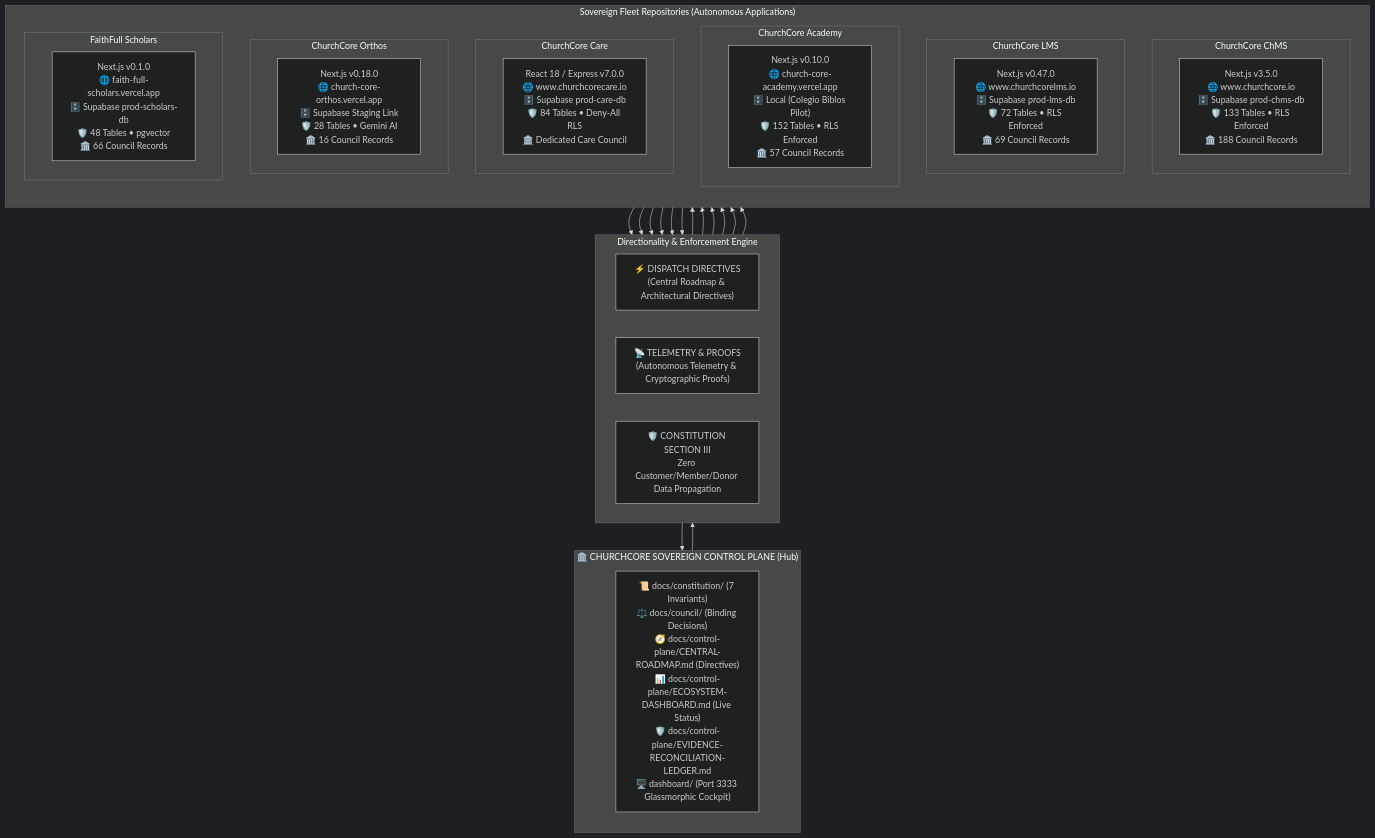
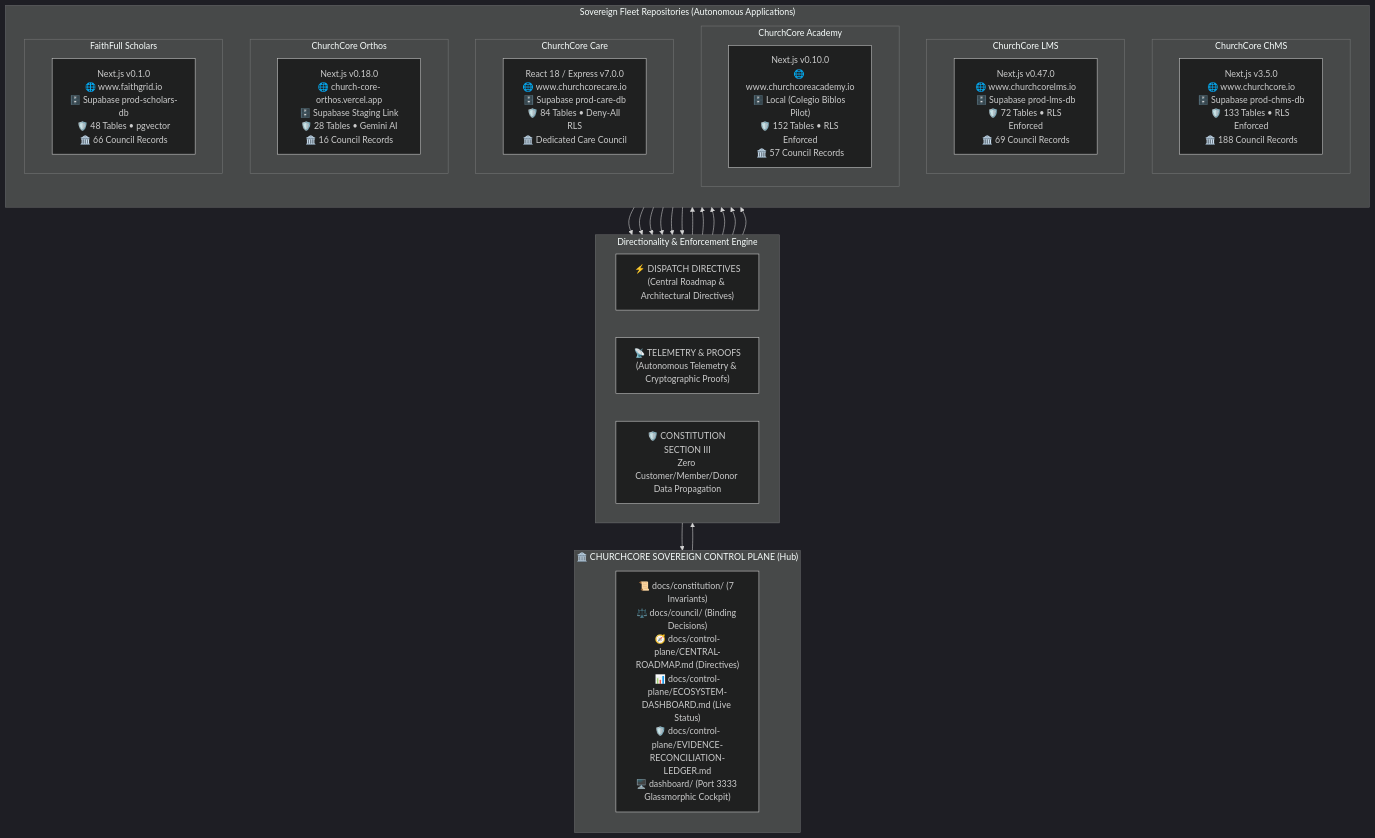
Before and after one commit to ricardojjulia/ChurchCore-Business: the first of 2 diagrams in README.md, drawn with Mermaid (dark theme). The commit also changed other lines of this file and 22 other files, not shown here.

Commit message:
feat(domains): connect and configure new production domains for ChurchCore Academy and FaithGrid

````diff
--- a/README.md
+++ b/README.md
@@ -56,42 +56,42 @@
 ```mermaid
 flowchart TD
     subgraph ControlPlane ["🏛️ CHURCHCORE SOVEREIGN CONTROL PLANE (Hub)"]
         direction TB
         CP_CORE["📜 docs/constitution/ (7 Invariants)<br>⚖️ docs/council/ (Binding Decisions)<br>🧭 docs/control-plane/CENTRAL-ROADMAP.md (Directives)<br>📊 docs/control-plane/ECOSYSTEM-DASHBOARD.md (Live Status)<br>🛡️ docs/control-plane/EVIDENCE-RECONCILIATION-LEDGER.md<br>🖥️ dashboard/ (Port 3333 Glassmorphic Cockpit)"]
     end
 
     subgraph DirectionalityMesh ["Directionality & Enforcement Engine"]
         direction LR
         DISPATCH["⚡ DISPATCH DIRECTIVES<br>(Central Roadmap & Architectural Directives)"]
         REPORT["📡 TELEMETRY & PROOFS<br>(Autonomous Telemetry & Cryptographic Proofs)"]
         INVARIANT["🛡️ CONSTITUTION SECTION III<br>Zero Customer/Member/Donor Data Propagation"]
     end
 
     ControlPlane --> DISPATCH
     REPORT --> ControlPlane
 
     subgraph SovereignFleet ["Sovereign Fleet Repositories (Autonomous Applications)"]
         direction TB
         subgraph P1 ["ChurchCore ChMS"]
             C1["Next.js v3.5.0<br>🌐 www.churchcore.io<br>🗄️ Supabase prod-chms-db<br>🛡️ 133 Tables • RLS Enforced<br>🏛️ 188 Council Records"]
         end
         subgraph P2 ["ChurchCore LMS"]
             C2["Next.js v0.47.0<br>🌐 www.churchcorelms.io<br>🗄️ Supabase prod-lms-db<br>🛡️ 72 Tables • RLS Enforced<br>🏛️ 69 Council Records"]
         end
         subgraph P3 ["ChurchCore Academy"]
-            C3["Next.js v0.10.0<br>🌐 church-core-academy.vercel.app<br>🗄️ Local (Colegio Biblos Pilot)<br>🛡️ 152 Tables • RLS Enforced<br>🏛️ 57 Council Records"]
+            C3["Next.js v0.10.0<br>🌐 www.churchcoreacademy.io<br>🗄️ Local (Colegio Biblos Pilot)<br>🛡️ 152 Tables • RLS Enforced<br>🏛️ 57 Council Records"]
         end
         subgraph P4 ["ChurchCore Care"]
             C4["React 18 / Express v7.0.0<br>🌐 www.churchcorecare.io<br>🗄️ Supabase prod-care-db<br>🛡️ 84 Tables • Deny-All RLS<br>🏛️ Dedicated Care Council"]
         end
         subgraph P5 ["ChurchCore Orthos"]
             C5["Next.js v0.18.0<br>🌐 church-core-orthos.vercel.app<br>🗄️ Supabase Staging Link<br>🛡️ 28 Tables • Gemini AI<br>🏛️ 16 Council Records"]
         end
         subgraph P6 ["FaithFull Scholars"]
-            C6["Next.js v0.1.0<br>🌐 faith-full-scholars.vercel.app<br>🗄️ Supabase prod-scholars-db<br>🛡️ 48 Tables • pgvector<br>🏛️ 66 Council Records"]
+            C6["Next.js v0.1.0<br>🌐 www.faithgrid.io<br>🗄️ Supabase prod-scholars-db<br>🛡️ 48 Tables • pgvector<br>🏛️ 66 Council Records"]
         end
     end
 
     DISPATCH --> P1 & P2 & P3 & P4 & P5 & P6
     P1 & P2 & P3 & P4 & P5 & P6 --> REPORT
 ```
````
